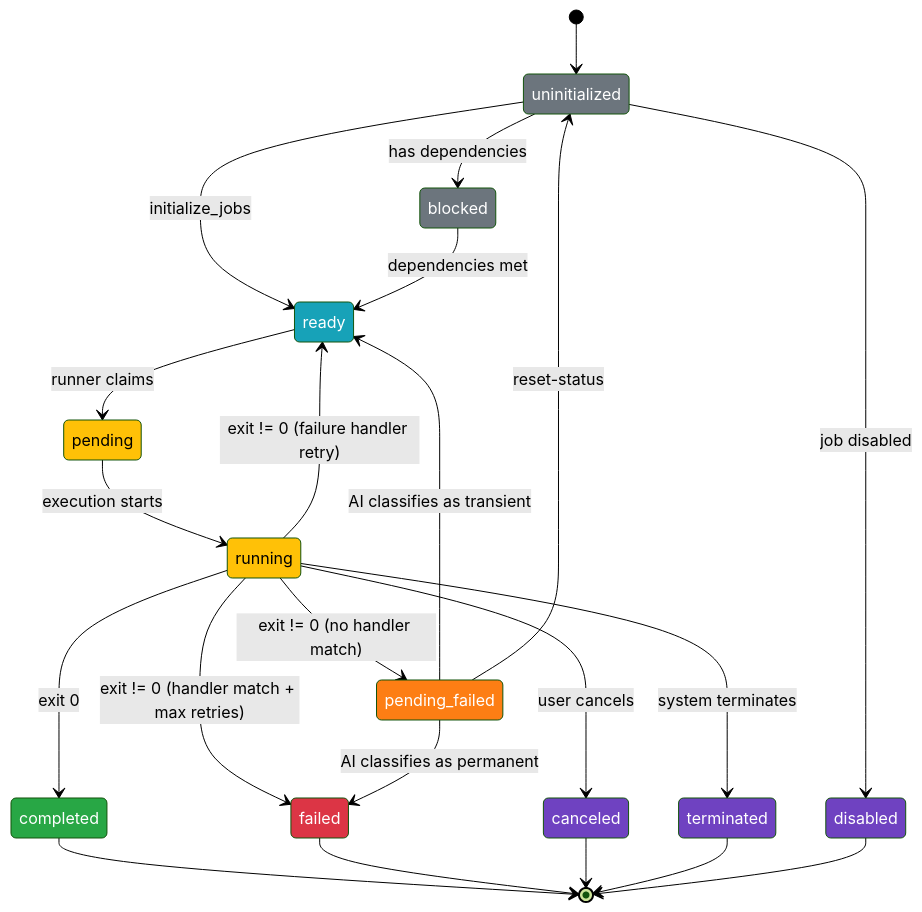
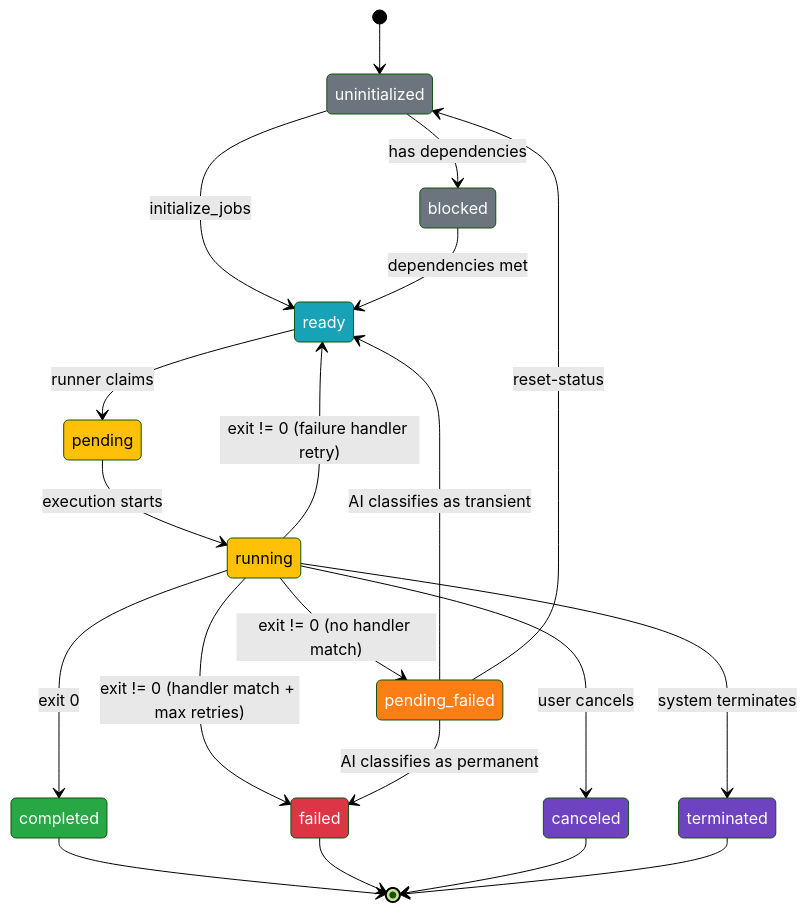
The diagram in docs/src/core/concepts/job-states.md (NREL/torc), drawn with Mermaid (forest theme) before and after one commit. The commit also changed other lines of this file and 1 other file, not shown here.

````diff
--- a/docs/src/core/concepts/job-states.md
+++ b/docs/src/core/concepts/job-states.md
@@ -5,44 +5,42 @@
 ```mermaid
 stateDiagram-v2
     [*] --> uninitialized
     uninitialized --> ready: initialize_jobs
     uninitialized --> blocked: has dependencies
-    uninitialized --> disabled: job disabled
 
     blocked --> ready: dependencies met
     ready --> pending: runner claims
     pending --> running: execution starts
 
     running --> completed: exit 0
     running --> failed: exit != 0 (handler match + max retries)
     running --> pending_failed: exit != 0 (no handler match)
     running --> ready: exit != 0 (failure handler retry)
     running --> canceled: user cancels
     running --> terminated: system terminates
 
     pending_failed --> failed: AI classifies as permanent
     pending_failed --> ready: AI classifies as transient
     pending_failed --> uninitialized: reset-status
 
     completed --> [*]
     failed --> [*]
     canceled --> [*]
     terminated --> [*]
-    disabled --> [*]
 
     classDef waiting fill:#6c757d,color:#fff
     classDef ready fill:#17a2b8,color:#fff
     classDef active fill:#ffc107,color:#000
     classDef success fill:#28a745,color:#fff
     classDef error fill:#dc3545,color:#fff
     classDef stopped fill:#6f42c1,color:#fff
     classDef classification fill:#fd7e14,color:#fff
 
     class uninitialized,blocked waiting
     class ready ready
     class pending,running active
     class completed success
     class failed error
-    class canceled,terminated,disabled stopped
+    class canceled,terminated stopped
     class pending_failed classification
 ```
````
